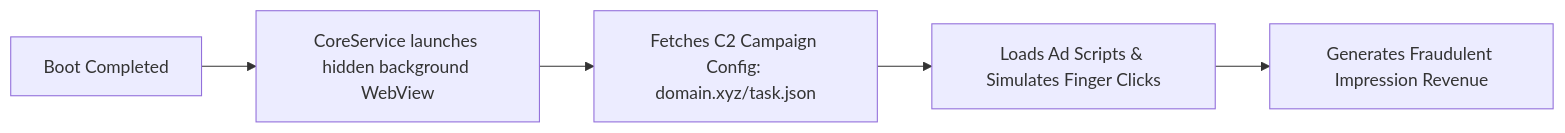
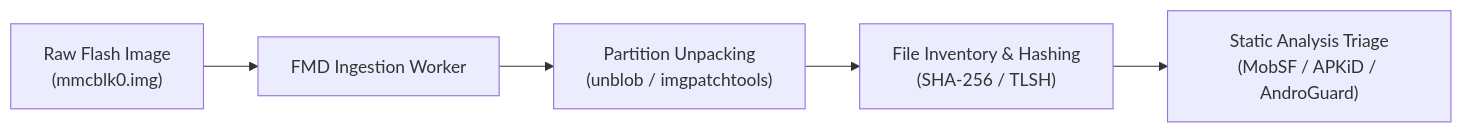
The diagram in case-studies/android-tv-boxes.md (FirmwareDroid/firmwaredroid.github.io), drawn with Mermaid before and after one commit. The commit also changed other lines of this file and 13 other files, not shown here.

````diff
--- a/case-studies/android-tv-boxes.md
+++ b/case-studies/android-tv-boxes.md
@@ -99,7 +165,7 @@
 ```mermaid
 flowchart LR
-    A["Boot Completed"] --> B["CoreService launches hidden background WebView"]
-    B --> C["Fetches C2 Campaign Config: domain.xyz/task.json"]
-    C --> D["Loads Ad Scripts & Simulates Finger Clicks"]
-    D --> E["Generates Fraudulent Impression Revenue"]
+    A["Raw Flash Image<br>(mmcblk0.img)"] --> B["FMD Ingestion Worker"]
+    B --> C["Partition Unpacking<br>(unblob / imgpatchtools)"]
+    C --> D["File Inventory & Hashing<br>(SHA-256 / TLSH)"]
+    D --> E["Static Analysis Triage<br>(MobSF / APKiD / AndroGuard)"]
 ```
````
